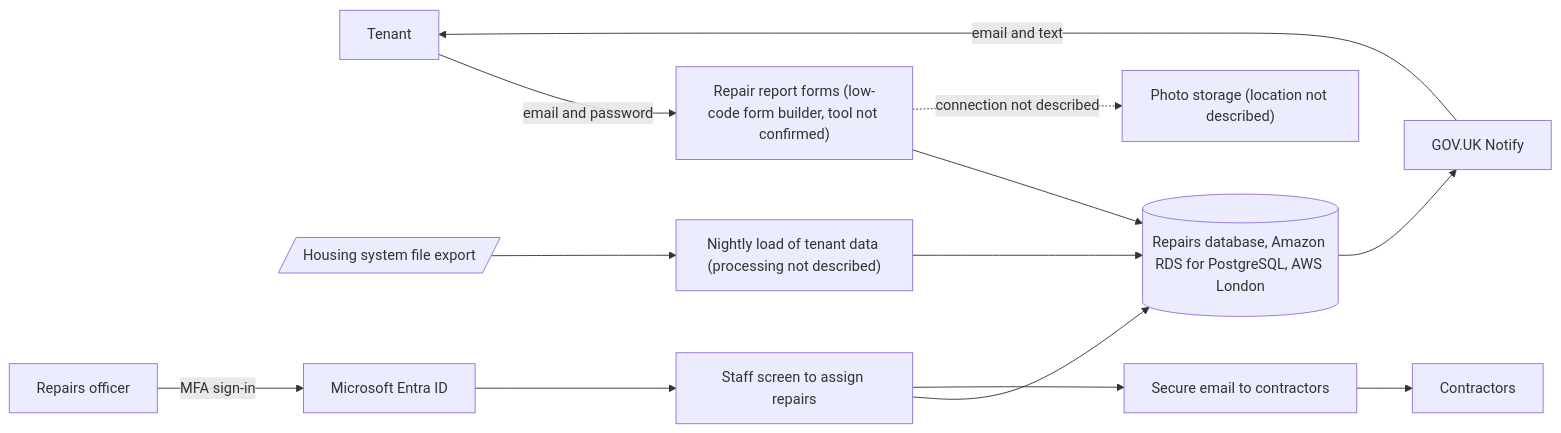
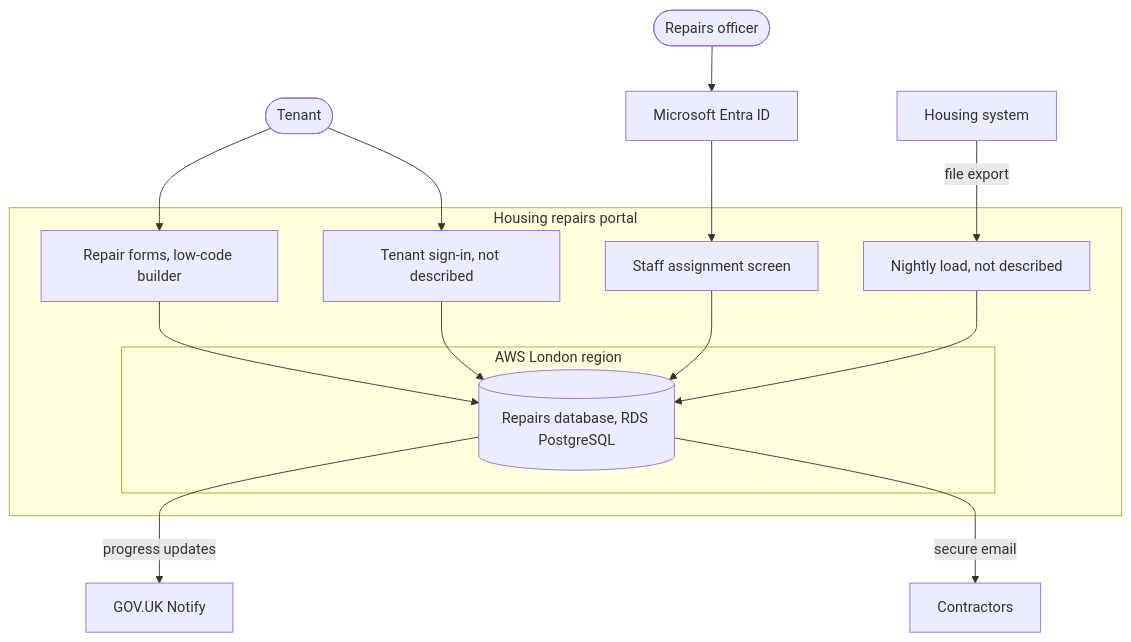
Before and after one commit to nelmacavaleiro/architecture-review-agent: the second of 2 diagrams in examples/sample-review/W1-housing-repairs-portal-review.md, drawn with Mermaid. The commit also changed other lines of this file and 1 other file, not shown here.

````diff
--- a/examples/sample-review/W1-housing-repairs-portal-review.md
+++ b/examples/sample-review/W1-housing-repairs-portal-review.md
@@ -135,25 +150,29 @@
 ```mermaid
-flowchart LR
-  tenant[Tenant]
-  officer[Repairs officer]
-  forms["Repair report forms (low-code form builder, tool not confirmed)"]
-  db[("Repairs database, Amazon RDS for PostgreSQL, AWS London")]
-  photos["Photo storage (location not described)"]
-  load["Nightly load of tenant data (processing not described)"]
-  export[/"Housing system file export"/]
-  staff[Staff screen to assign repairs]
-  entra[Microsoft Entra ID]
-  notify[GOV.UK Notify]
-  email["Secure email to contractors"]
-  contractor[Contractors]
-  tenant -->|email and password| forms
+flowchart TB
+  tenant(["Tenant"])
+  officer(["Repairs officer"])
+  subgraph portal [Housing repairs portal]
+    forms["Repair forms, low-code builder"]
+    account["Tenant sign-in, not described"]
+    staff["Staff assignment screen"]
+    load["Nightly load, not described"]
+    subgraph aws [AWS London region]
+      db[("Repairs database, RDS PostgreSQL")]
+    end
+  end
+  housing["Housing system"]
+  notify["GOV.UK Notify"]
+  entra["Microsoft Entra ID"]
+  contractor["Contractors"]
+  tenant --> account
+  tenant --> forms
+  officer --> entra
+  entra --> staff
   forms --> db
-  forms -.->|connection not described| photos
-  export --> load --> db
-  officer -->|MFA sign-in| entra
-  entra --> staff
+  account --> db
   staff --> db
-  db --> notify
-  notify -->|email and text| tenant
-  staff --> email --> contractor
+  housing -->|"file export"| load
+  load --> db
+  db -->|"progress updates"| notify
+  db -->|"secure email"| contractor
 ```
````
